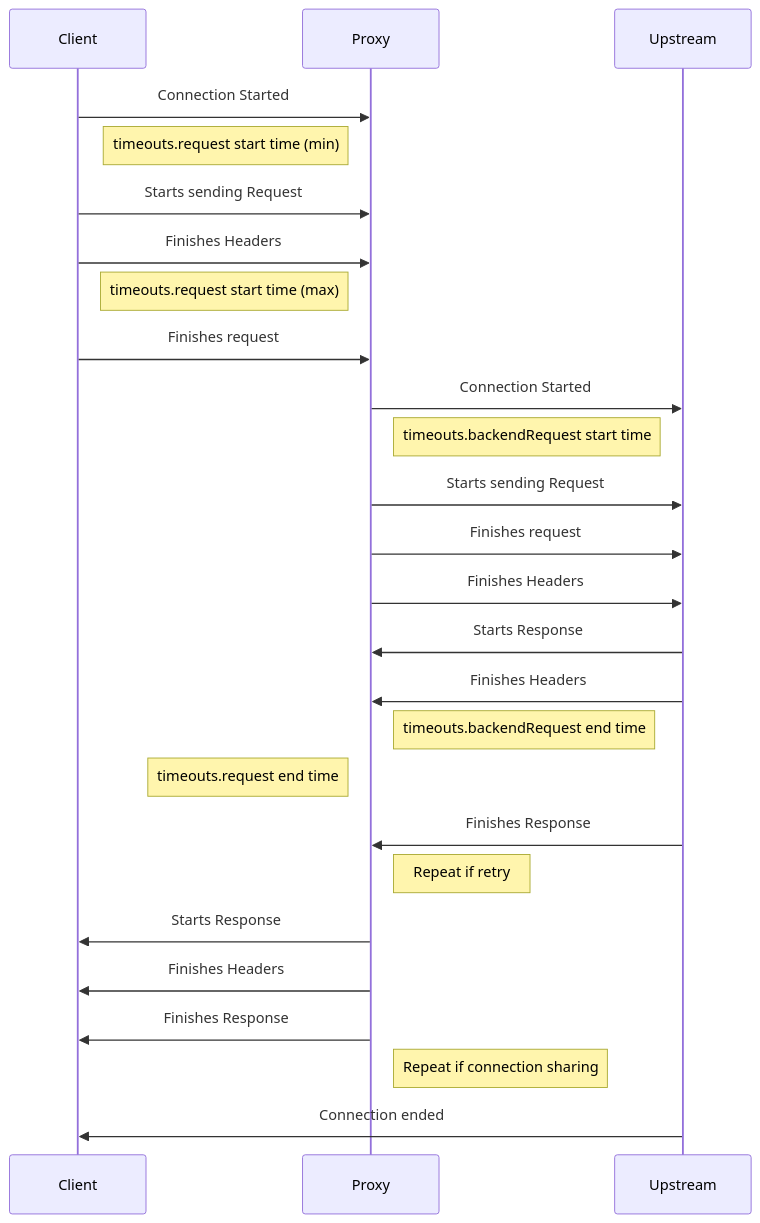
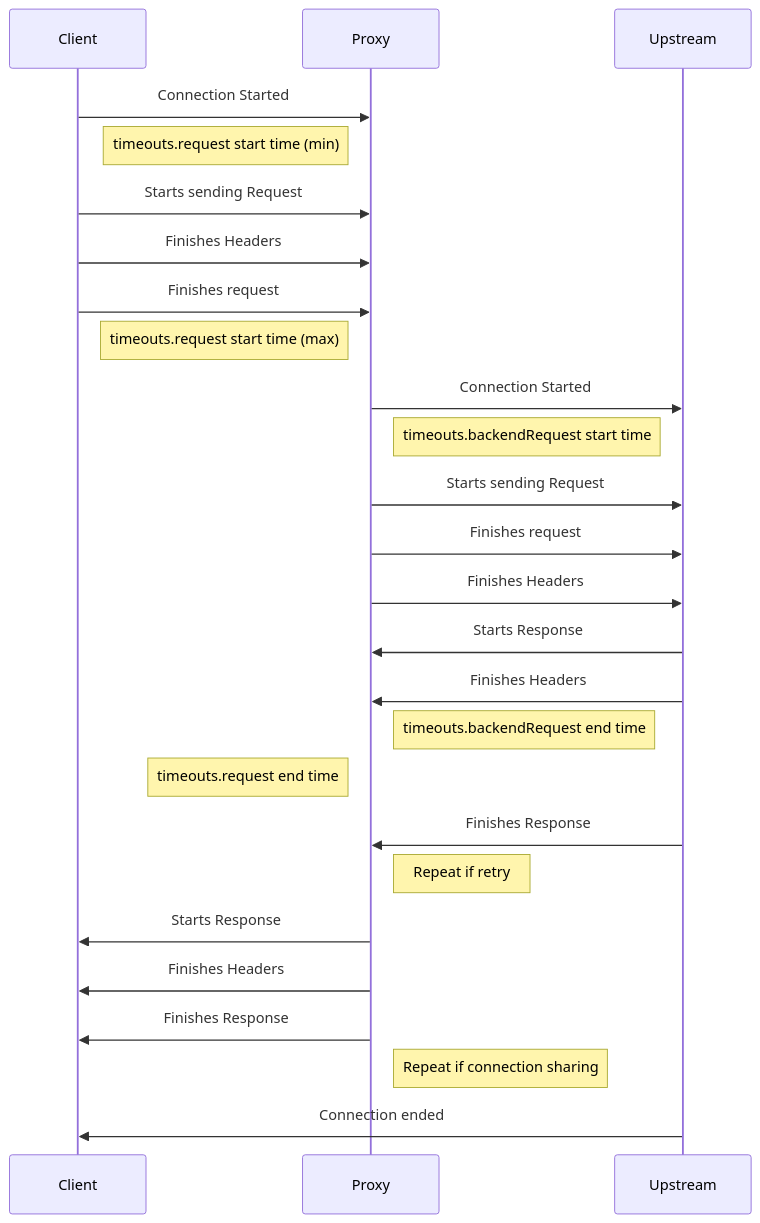
One commit to kubernetes-sigs/gateway-api changed the sixth of 6 diagrams in geps/gep-1742.md. Above: the diagram before and after it, drawn with Mermaid. The commit also changed other lines of this file, not shown here.

````diff
--- a/geps/gep-1742.md
+++ b/geps/gep-1742.md
@@ -401,28 +401,28 @@
 ```mermaid
 sequenceDiagram
     participant C as Client
     participant P as Proxy
     participant U as Upstream
     C->>P: Connection Started
     note left of P: timeouts.request start time (min)
     C->>P: Starts sending Request
     C->>P: Finishes Headers
+    C->>P: Finishes request
     note left of P: timeouts.request start time (max)
-    C->>P: Finishes request
     P->>U: Connection Started
     note right of P: timeouts.backendRequest start time
     P->>U: Starts sending Request
     P->>U: Finishes request
     P->>U: Finishes Headers
     U->>P: Starts Response
     U->>P: Finishes Headers
     note right of P: timeouts.backendRequest end time
     note left of P: timeouts.request end time
     U->>P: Finishes Response
     note right of P: Repeat if retry
     P->>C: Starts Response
     P->>C: Finishes Headers
     P->>C: Finishes Response
     Note right of P: Repeat if connection sharing
     U->>C: Connection ended
 ```
````
